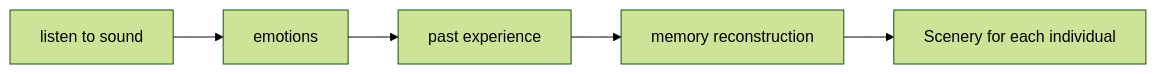
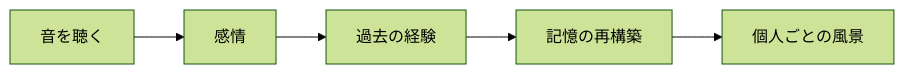
One commit to monumental-movement/monumental-movement.github.io changed the fourth of 10 diagrams in en/_posts/2026-07-18-column-boards-of-canada.md. Above: the diagram before and after it, drawn with Mermaid (forest theme). The commit also changed other lines of this file and 2196 other files, not shown here.

```diff
--- a/en/_posts/2026-07-18-column-boards-of-canada.md
+++ b/en/_posts/2026-07-18-column-boards-of-canada.md
@@ -438,7 +437,7 @@
 <div class="mermaid">
 flowchart LR
-A[listen to sound] --> B[emotions]
-B --> C[past experience]
-C --> D[memory reconstruction]
-D --> E[Scenery for each individual]
+A[音を聴く] --> B[感情]
+B --> C[過去の経験]
+C --> D[記憶の再構築]
+D --> E[個人ごとの風景]
 </div>
```
